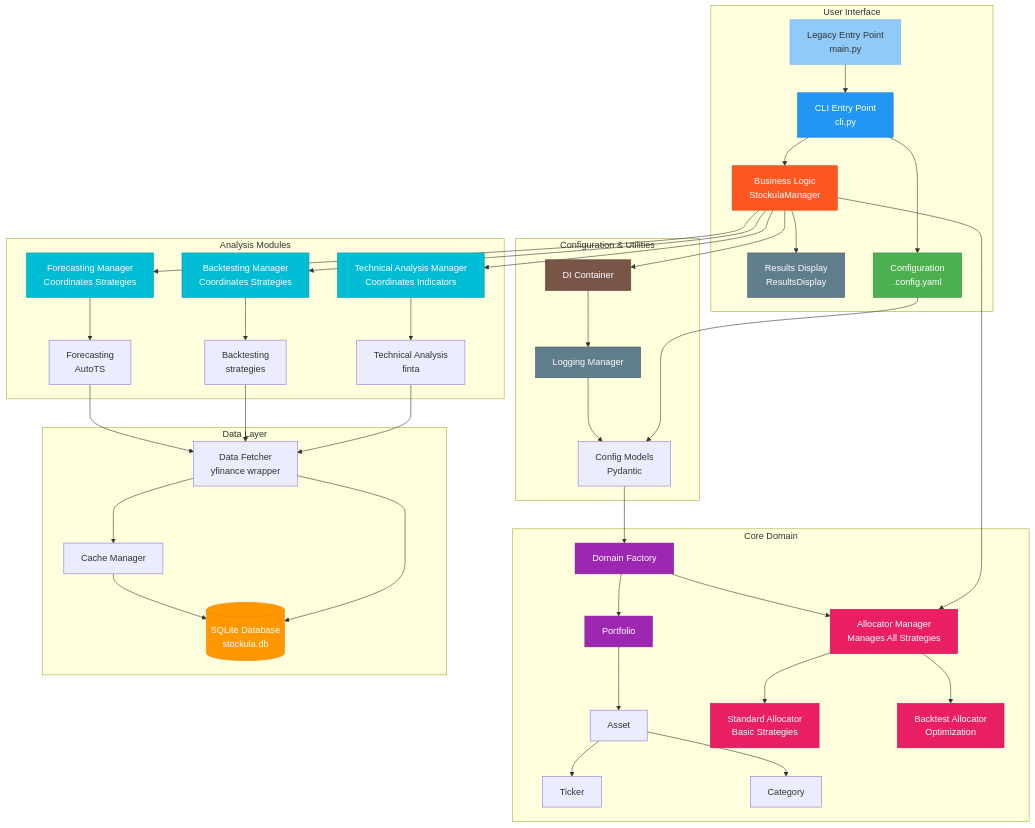
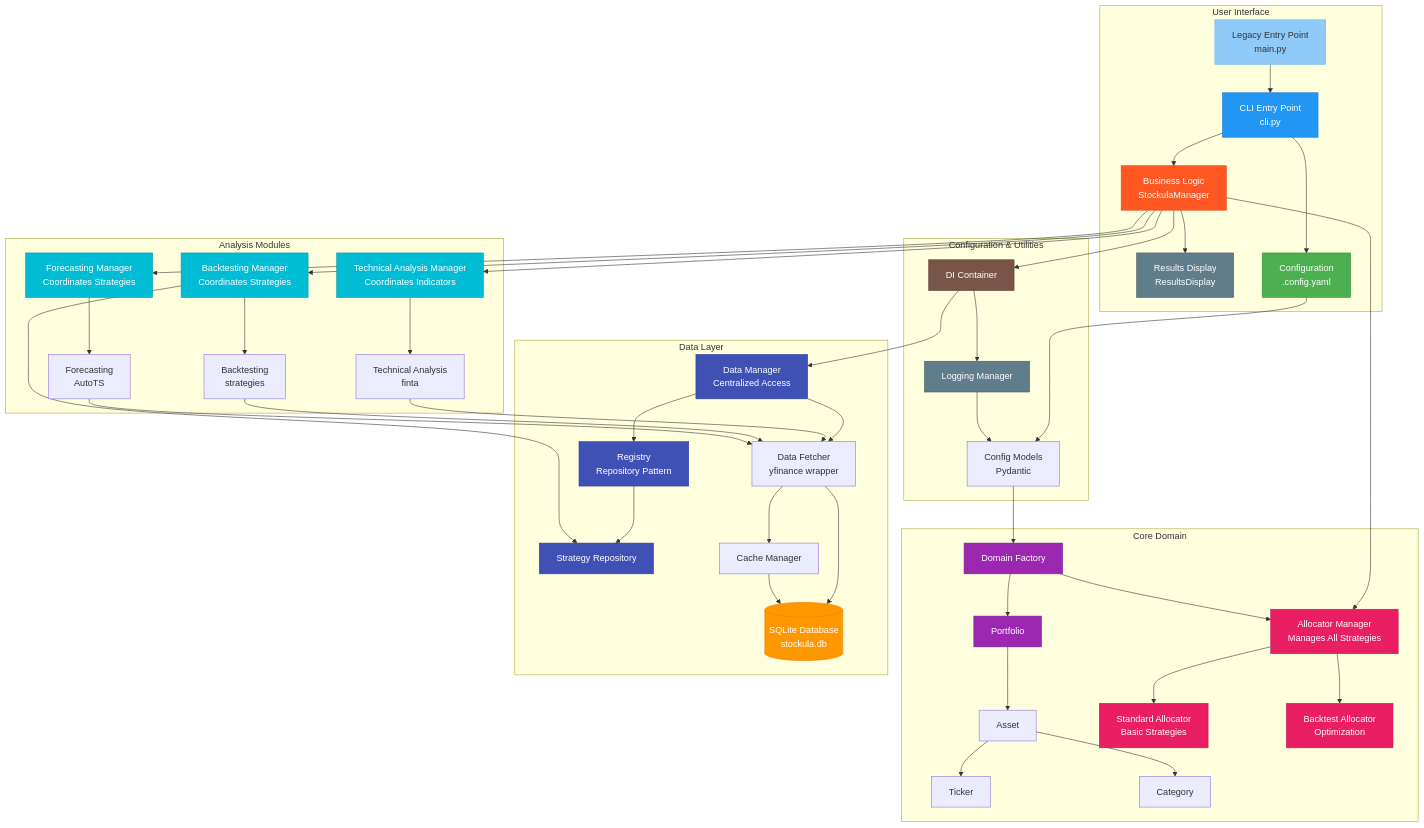
Before and after one commit to mkm29/stockula: the first of 2 diagrams in docs/user-guide/architecture.md, drawn with Mermaid. The commit also changed other lines of this file and 29 other files, not shown here.

````diff
--- a/docs/user-guide/architecture.md
+++ b/docs/user-guide/architecture.md
@@ -26,7 +26,10 @@
     end
 
     subgraph "Data Layer"
+        DataMgr[Data Manager<br/>Centralized Access]
         Fetcher[Data Fetcher<br/>yfinance wrapper]
+        Registry[Registry<br/>Repository Pattern]
+        StrategyRepo[Strategy Repository]
         DB[(SQLite Database<br/>stockula.db)]
         Cache[Cache Manager]
     end
@@ -69,9 +72,15 @@
     BTM --> BT
     FCM --> FC
 
+    Container --> DataMgr
+    DataMgr --> Fetcher
+    DataMgr --> Registry
+    Registry --> StrategyRepo
+    
     TA --> Fetcher
     BT --> Fetcher
     FC --> Fetcher
+    BTM --> StrategyRepo
 
     Fetcher --> DB
     Fetcher --> Cache
@@ -96,4 +105,7 @@
     style TAM fill:#00BCD4,stroke:#0097A7,color:#fff
     style BTM fill:#00BCD4,stroke:#0097A7,color:#fff
     style FCM fill:#00BCD4,stroke:#0097A7,color:#fff
+    style DataMgr fill:#3F51B5,stroke:#303F9F,color:#fff
+    style Registry fill:#3F51B5,stroke:#303F9F,color:#fff
+    style StrategyRepo fill:#3F51B5,stroke:#303F9F,color:#fff
 ```
````
